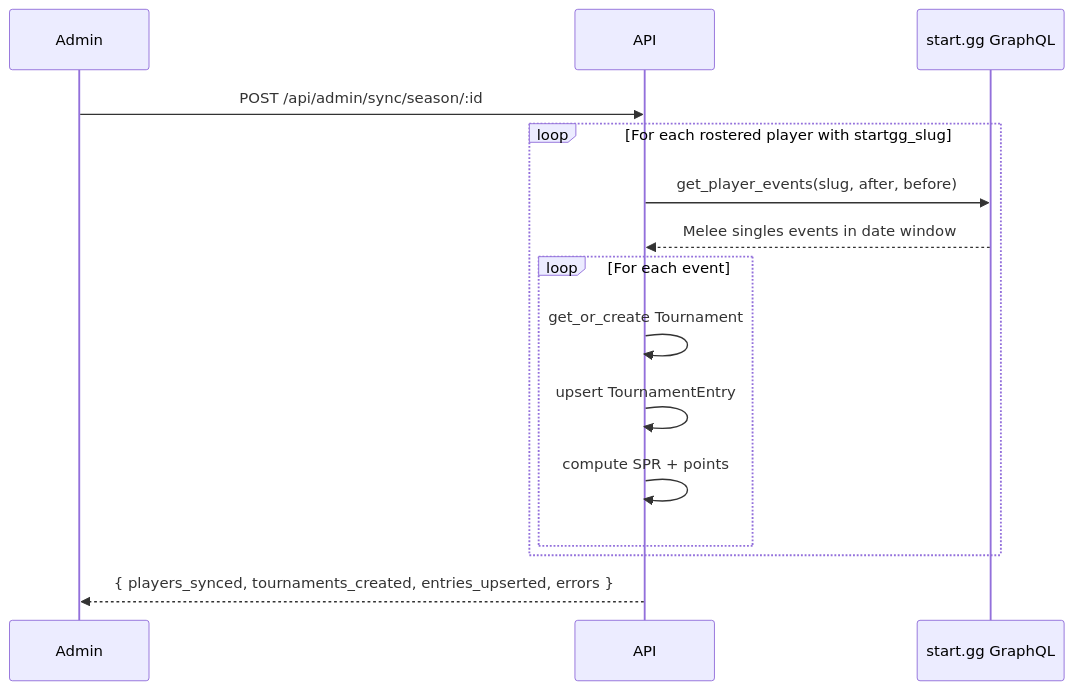
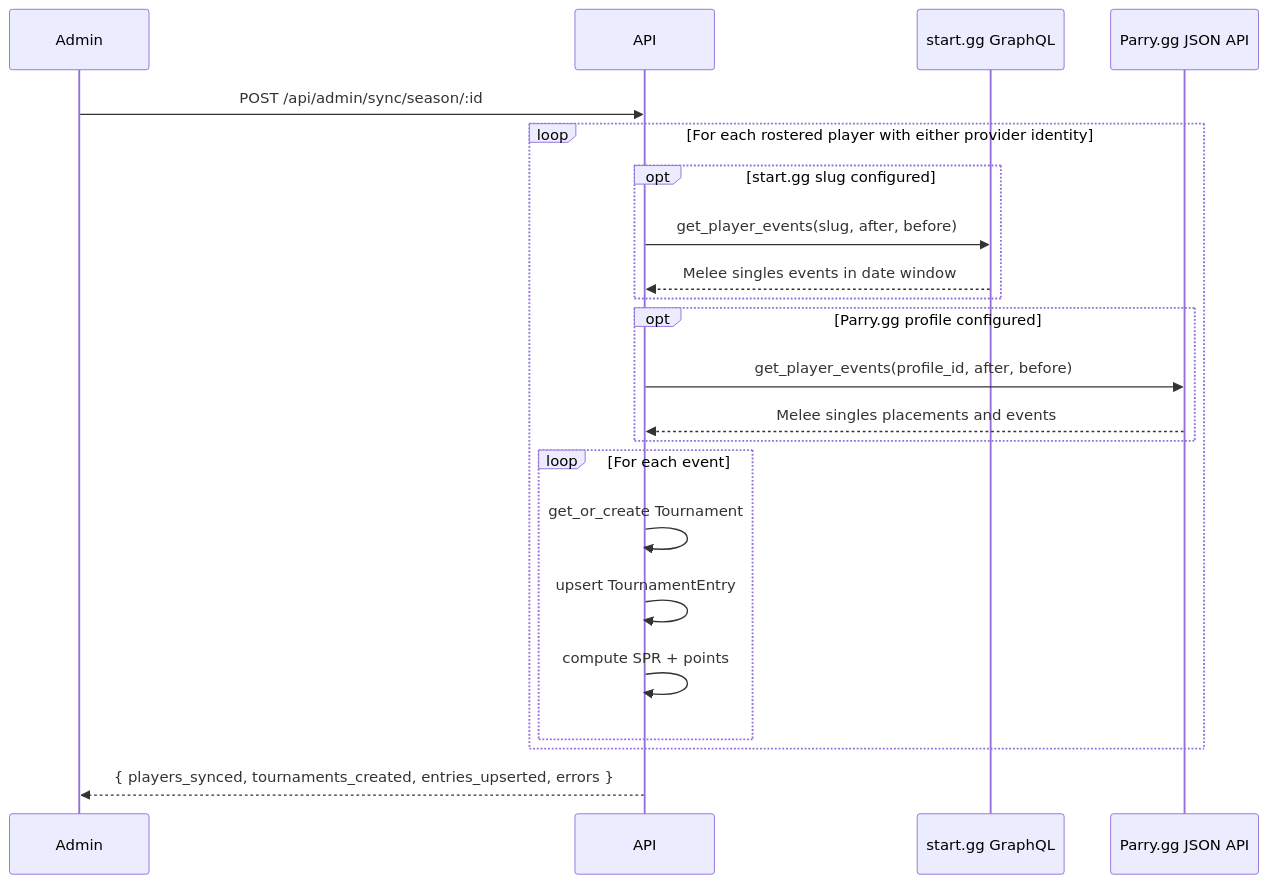
One commit to pem2k/Resonance-App changed the third of 7 diagrams in ARCHITECTURE.md. Above: the diagram before and after it, drawn with Mermaid. The commit also changed other lines of this file and 17 other files, not shown here.

````diff
--- a/ARCHITECTURE.md
+++ b/ARCHITECTURE.md
@@ -110,18 +114,25 @@
 ```mermaid
 sequenceDiagram
     participant Admin
     participant API
     participant startgg as start.gg GraphQL
+    participant parrygg as Parry.gg JSON API
 
     Admin->>API: POST /api/admin/sync/season/:id
-    loop For each rostered player with startgg_slug
-        API->>startgg: get_player_events(slug, after, before)
-        startgg-->>API: Melee singles events in date window
+    loop For each rostered player with either provider identity
+        opt start.gg slug configured
+            API->>startgg: get_player_events(slug, after, before)
+            startgg-->>API: Melee singles events in date window
+        end
+        opt Parry.gg profile configured
+            API->>parrygg: get_player_events(profile_id, after, before)
+            parrygg-->>API: Melee singles placements and events
+        end
         loop For each event
             API->>API: get_or_create Tournament
             API->>API: upsert TournamentEntry
             API->>API: compute SPR + points
         end
     end
     API-->>Admin: { players_synced, tournaments_created, entries_upserted, errors }
 ```
````
